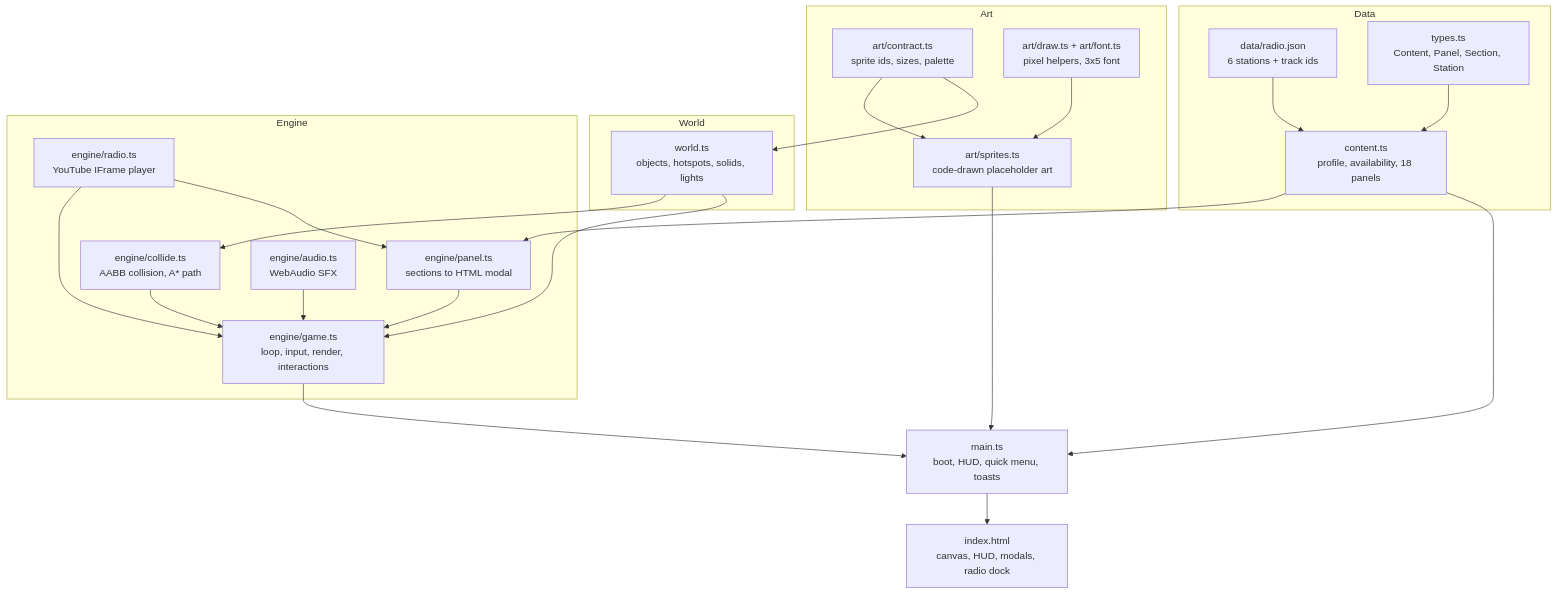
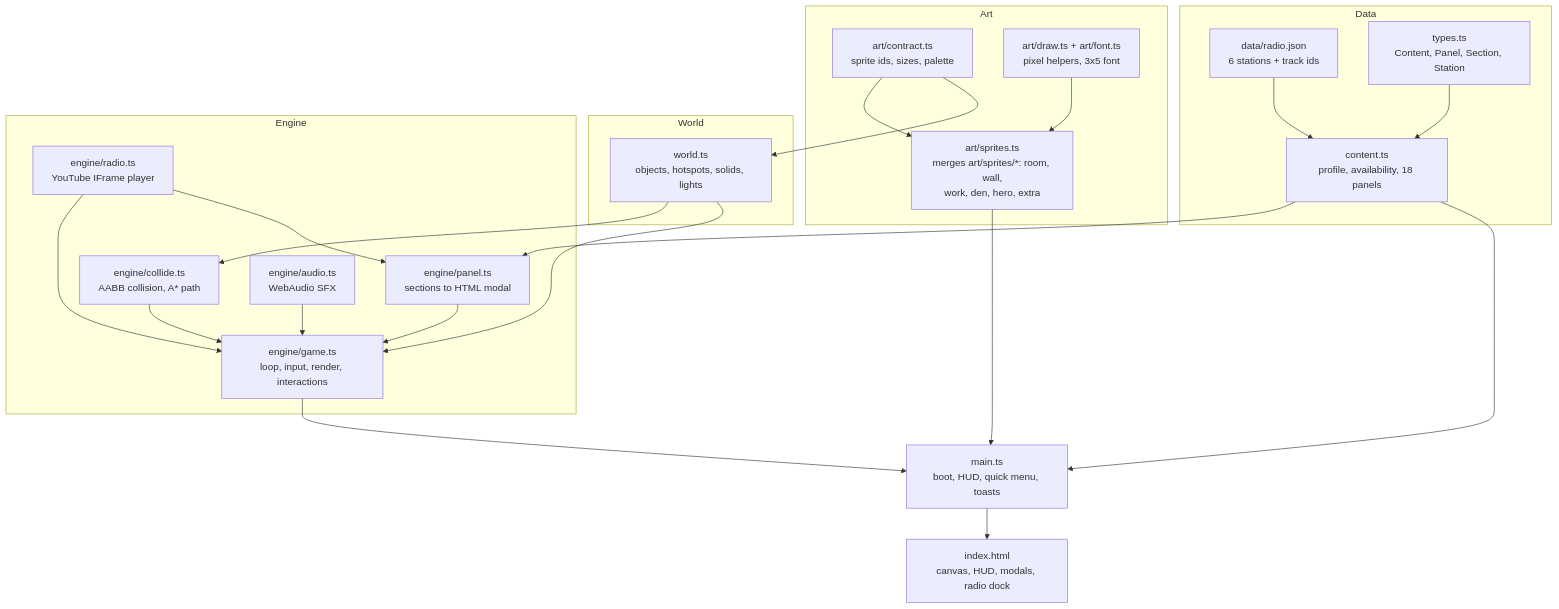
The first of 3 diagrams in README.md (priyanshu14077/portfolio-2), drawn with Mermaid before and after one commit. The commit also changed other lines of this file, not shown here.

Commit message:
docs: update README for cover scaling, shadows, art modules and quips

````diff
--- a/README.md
+++ b/README.md
@@ -41,47 +41,47 @@
 ```mermaid
 flowchart TD
     subgraph Data
         content[content.ts<br/>profile, availability, 18 panels]
         radioData[data/radio.json<br/>6 stations + track ids]
         types[types.ts<br/>Content, Panel, Section, Station]
     end
 
     subgraph Art
         contract[art/contract.ts<br/>sprite ids, sizes, palette]
-        sprites[art/sprites.ts<br/>code-drawn placeholder art]
+        sprites[art/sprites.ts<br/>merges art/sprites/*: room, wall,<br/>work, den, hero, extra]
         draw[art/draw.ts + art/font.ts<br/>pixel helpers, 3x5 font]
     end
 
     subgraph World
         world[world.ts<br/>objects, hotspots, solids, lights]
     end
 
     subgraph Engine
         game[engine/game.ts<br/>loop, input, render, interactions]
         collide[engine/collide.ts<br/>AABB collision, A* path]
         panel[engine/panel.ts<br/>sections to HTML modal]
         radio[engine/radio.ts<br/>YouTube IFrame player]
         audio[engine/audio.ts<br/>WebAudio SFX]
     end
 
     main[main.ts<br/>boot, HUD, quick menu, toasts]
     dom[index.html<br/>canvas, HUD, modals, radio dock]
 
     radioData --> content
     types --> content
     contract --> sprites
     draw --> sprites
     contract --> world
     world --> collide
     world --> game
     collide --> game
     audio --> game
     panel --> game
     radio --> game
     content --> panel
     content --> main
     sprites --> main
     game --> main
     radio --> panel
     main --> dom
 ```
````
